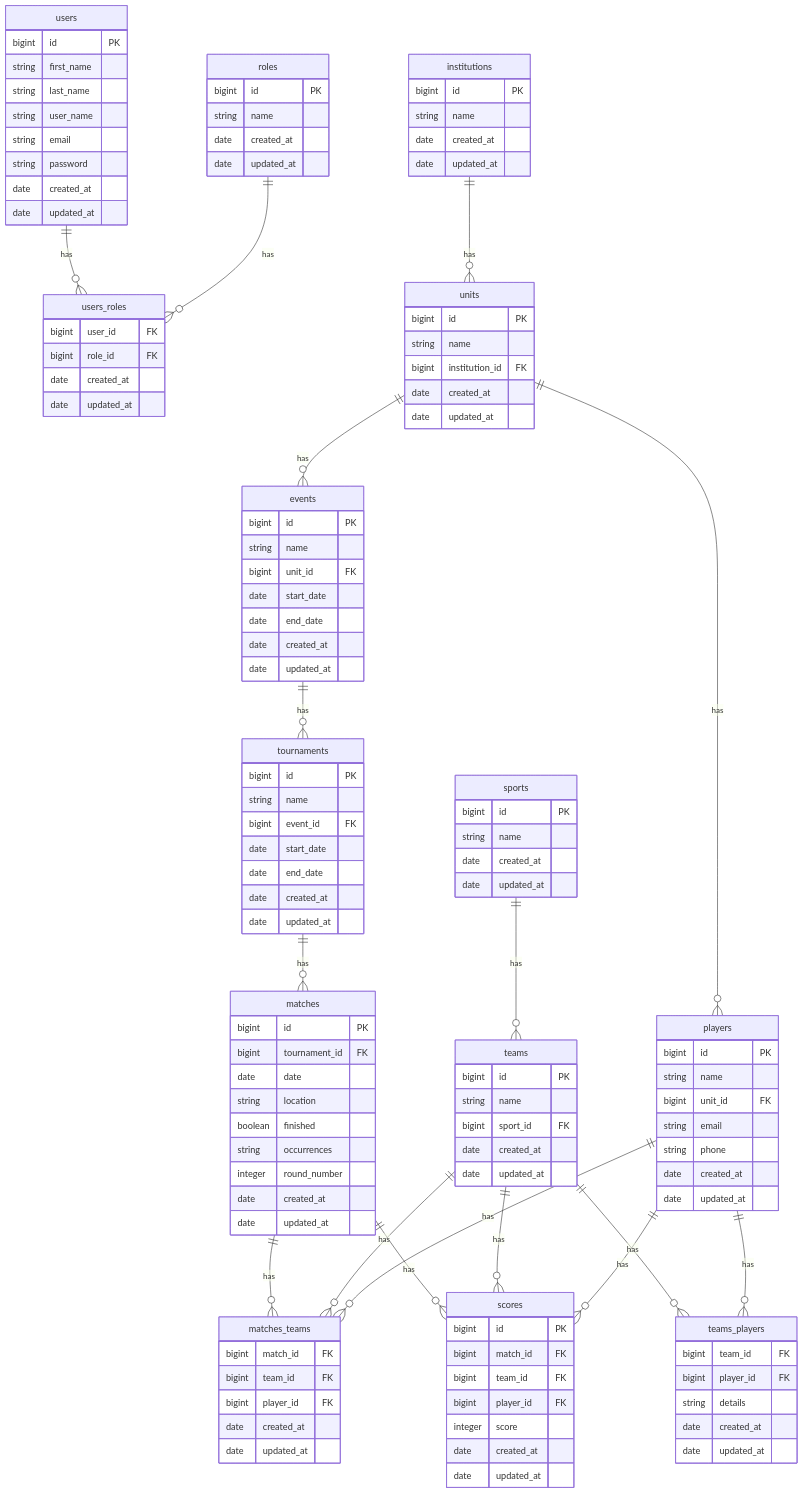
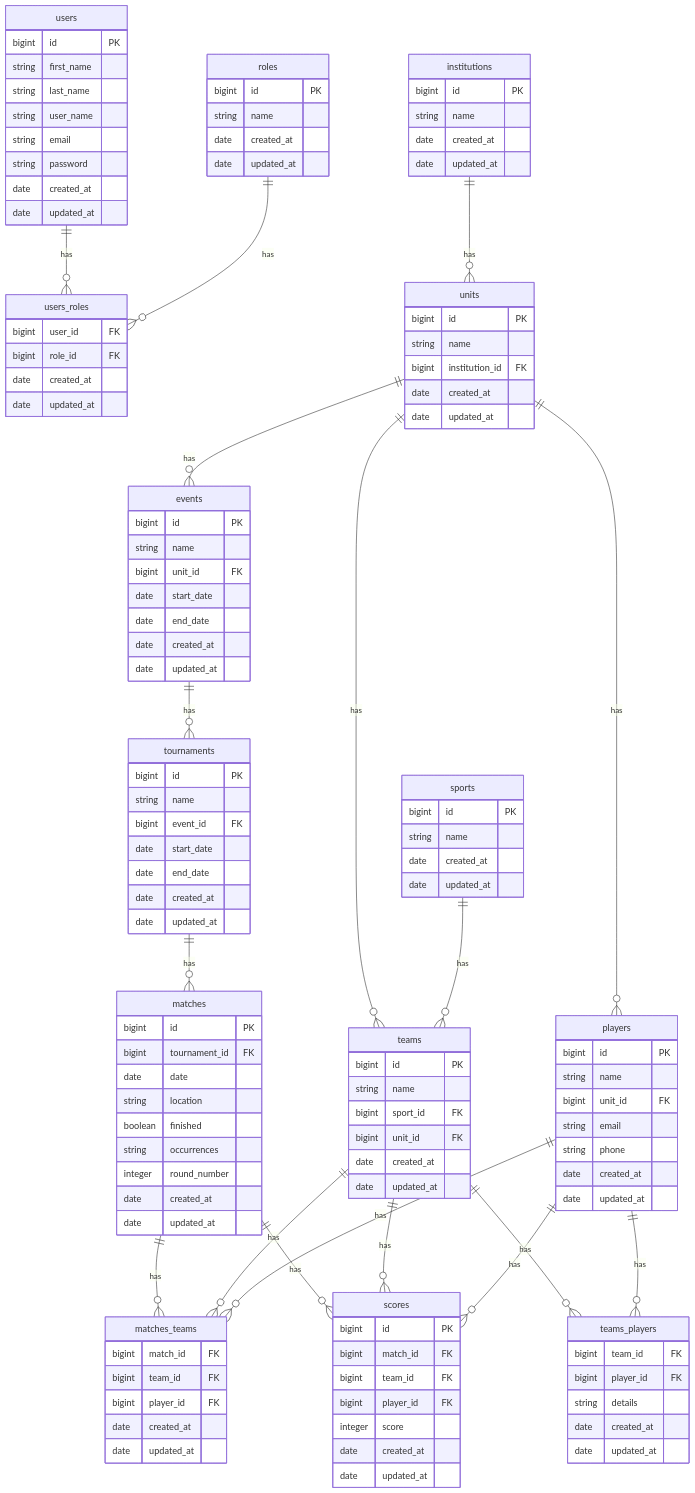
One commit to rgomide/gerenciador-torneio changed the diagram in README.md. Above: the diagram before and after it, drawn with Mermaid.

Commit message:
update ERD

```diff
--- a/README.md
+++ b/README.md
@@ -100,6 +100,7 @@
       bigint id PK
       string name
       bigint sport_id FK
+      bigint unit_id FK
       date created_at
       date updated_at
     }
@@ -157,6 +158,7 @@
     institutions ||--o{ units : has
     units ||--o{ events : has
     units ||--o{ players : has
+    units ||--o{ teams : has
     events ||--o{ tournaments : has
     sports ||--o{ teams : has
     teams ||--o{ teams_players : has
```
